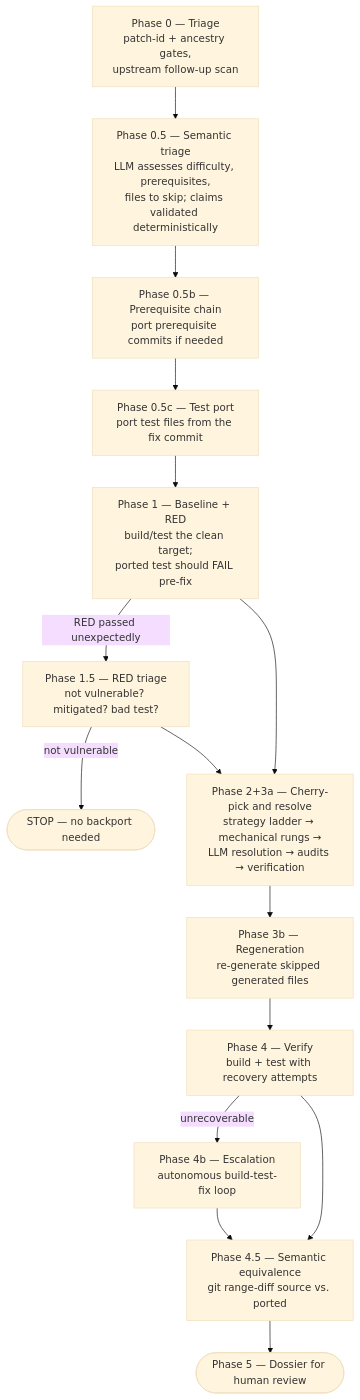
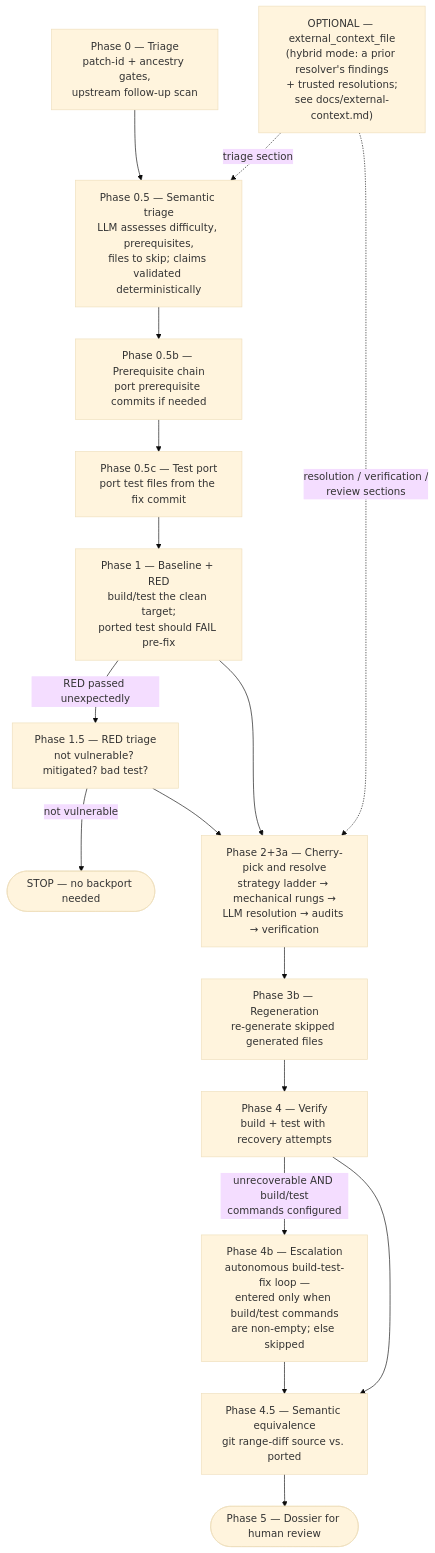
One commit to amalgamator-ai/amalgamator changed the diagram in auto_bug_fix/README.md. Above: the diagram before and after it, drawn with Mermaid (base theme). The commit also changed other lines of this file and 1 other file, not shown here.

Commit message:
docs: update main pipeline diagram + template to current behavior
auto_bug_fix/README.md:
- diagram: add the optional external-context input (dashed edges into
  triage and the 2+3a block for the four scoped sections) and the
  4b-entry guard (entered only when build/test commands are
  configured)
- phase 4 table row: document the 4b-entry guard
- case YAML optional keys: document external_context_file (was
  entirely missing from the reference)

docs/external-context-template.md:
- checker name fixed: check-backport.sh -> check-backport.py (what
  the emitter actually writes)
- example findings updated to the real emitted formats, incl.
  upstream-tree ground-truth facts and the advisory do-not-remove
  discipline
- header notes: verbatim rule, no-placeholder-bullet rule, flagged
  files excluded from Resolved files

Docs-only change; no code touched.

````diff
--- a/auto_bug_fix/README.md
+++ b/auto_bug_fix/README.md
@@ -20,17 +20,20 @@
 ```mermaid
 flowchart TD
+    EC["OPTIONAL — external_context_file<br/>(hybrid mode: a prior resolver's findings<br/>+ trusted resolutions;<br/>see docs/external-context.md)"]
     T0[Phase 0 — Triage<br/>patch-id + ancestry gates,<br/>upstream follow-up scan] --> T05[Phase 0.5 — Semantic triage<br/>LLM assesses difficulty, prerequisites,<br/>files to skip; claims validated deterministically]
     T05 --> P05B[Phase 0.5b — Prerequisite chain<br/>port prerequisite commits if needed]
     P05B --> P05C[Phase 0.5c — Test port<br/>port test files from the fix commit]
     P05C --> P1[Phase 1 — Baseline + RED<br/>build/test the clean target;<br/>ported test should FAIL pre-fix]
     P1 -->|RED passed unexpectedly| P15[Phase 1.5 — RED triage<br/>not vulnerable? mitigated? bad test?]
     P15 -->|not vulnerable| STOP([STOP — no backport needed])
     P1 --> P2[Phase 2+3a — Cherry-pick and resolve<br/>strategy ladder → mechanical rungs →<br/>LLM resolution → audits → verification]
     P15 --> P2
     P2 --> P3B[Phase 3b — Regeneration<br/>re-generate skipped generated files]
     P3B --> P4[Phase 4 — Verify<br/>build + test with recovery attempts]
-    P4 -->|unrecoverable| P4B[Phase 4b — Escalation<br/>autonomous build-test-fix loop]
+    P4 -->|"unrecoverable AND build/test<br/>commands configured"| P4B[Phase 4b — Escalation<br/>autonomous build-test-fix loop —<br/>entered only when build/test commands<br/>are non-empty; else skipped]
     P4 --> P45[Phase 4.5 — Semantic equivalence<br/>git range-diff source vs. ported]
     P4B --> P45
     P45 --> P5([Phase 5 — Dossier for human review])
+    EC -.->|"triage section"| T05
+    EC -.->|"resolution / verification /<br/>review sections"| P2
 ```
````
